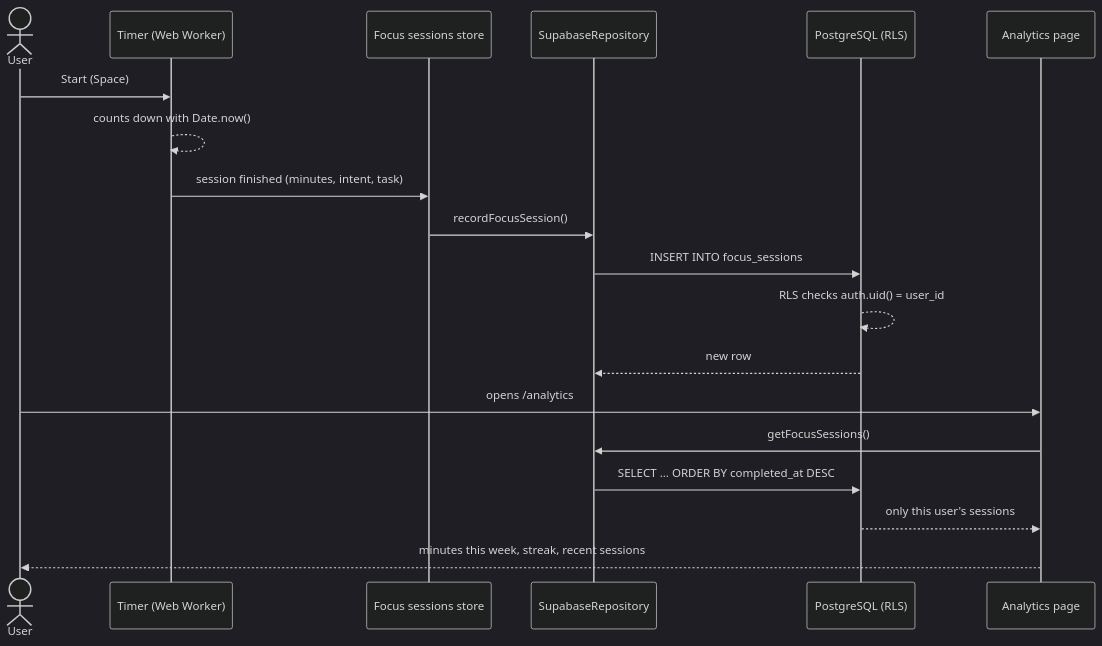
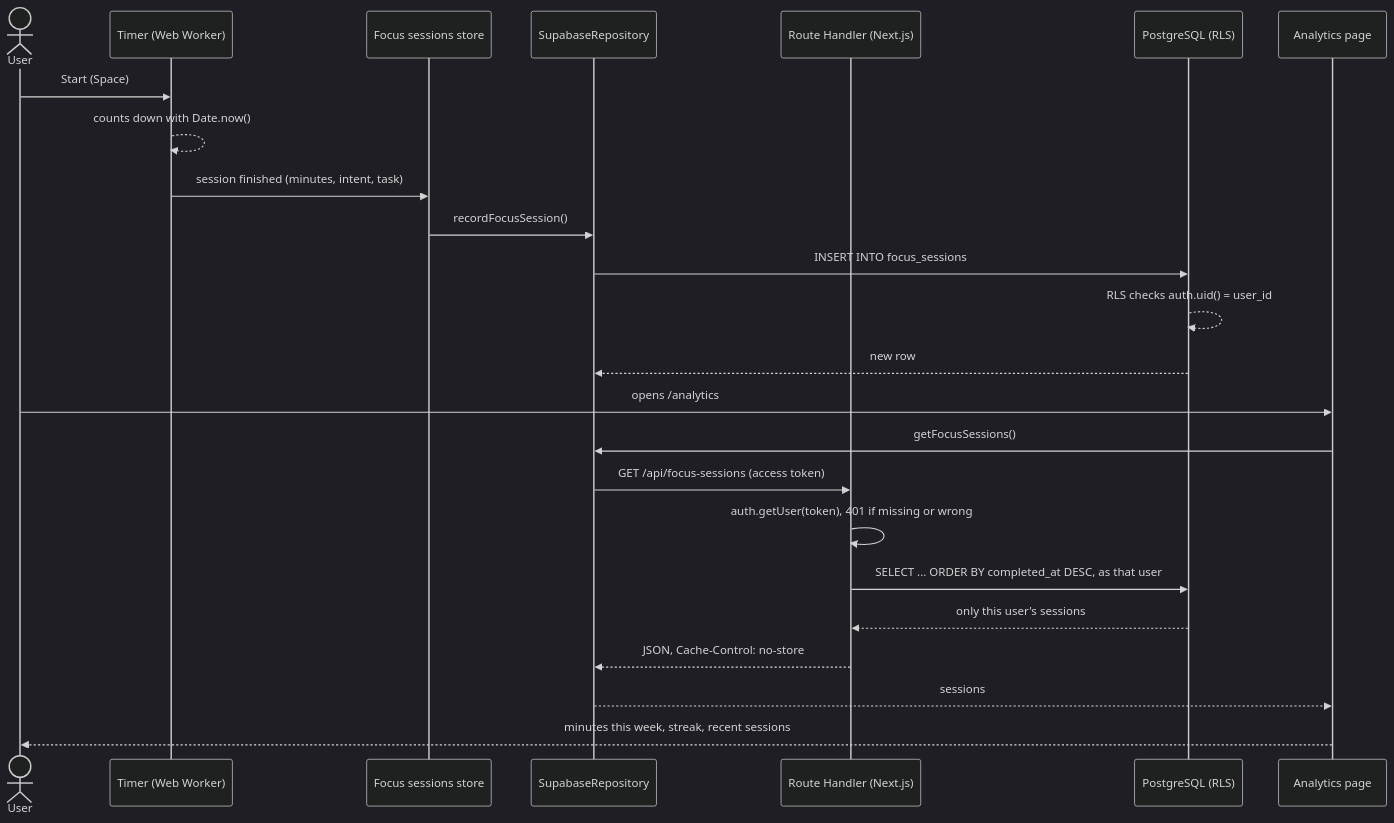
Before and after one commit to kitalikedev/FocusFlow: the third of 4 diagrams in docs/SYSTEM_DESIGN.md, drawn with Mermaid (dark theme). The commit also changed other lines of this file and 5 other files, not shown here.

First line of the commit message:
Update the design documents for Next.js and the Route Handlers

````diff
--- a/docs/SYSTEM_DESIGN.md
+++ b/docs/SYSTEM_DESIGN.md
@@ -92,22 +99,27 @@
 ```mermaid
 sequenceDiagram
     actor User
     participant Timer as Timer (Web Worker)
     participant Store as Focus sessions store
     participant Repo as SupabaseRepository
+    participant API as Route Handler (Next.js)
     participant DB as PostgreSQL (RLS)
     participant Page as Analytics page
 
     User->>Timer: Start (Space)
     Timer-->>Timer: counts down with Date.now()
     Timer->>Store: session finished (minutes, intent, task)
     Store->>Repo: recordFocusSession()
     Repo->>DB: INSERT INTO focus_sessions
     DB-->>DB: RLS checks auth.uid() = user_id
     DB-->>Repo: new row
     User->>Page: opens /analytics
     Page->>Repo: getFocusSessions()
-    Repo->>DB: SELECT ... ORDER BY completed_at DESC
-    DB-->>Page: only this user's sessions
+    Repo->>API: GET /api/focus-sessions (access token)
+    API->>API: auth.getUser(token), 401 if missing or wrong
+    API->>DB: SELECT ... ORDER BY completed_at DESC, as that user
+    DB-->>API: only this user's sessions
+    API-->>Repo: JSON, Cache-Control: no-store
+    Repo-->>Page: sessions
     Page-->>User: minutes this week, streak, recent sessions
 ```
````
